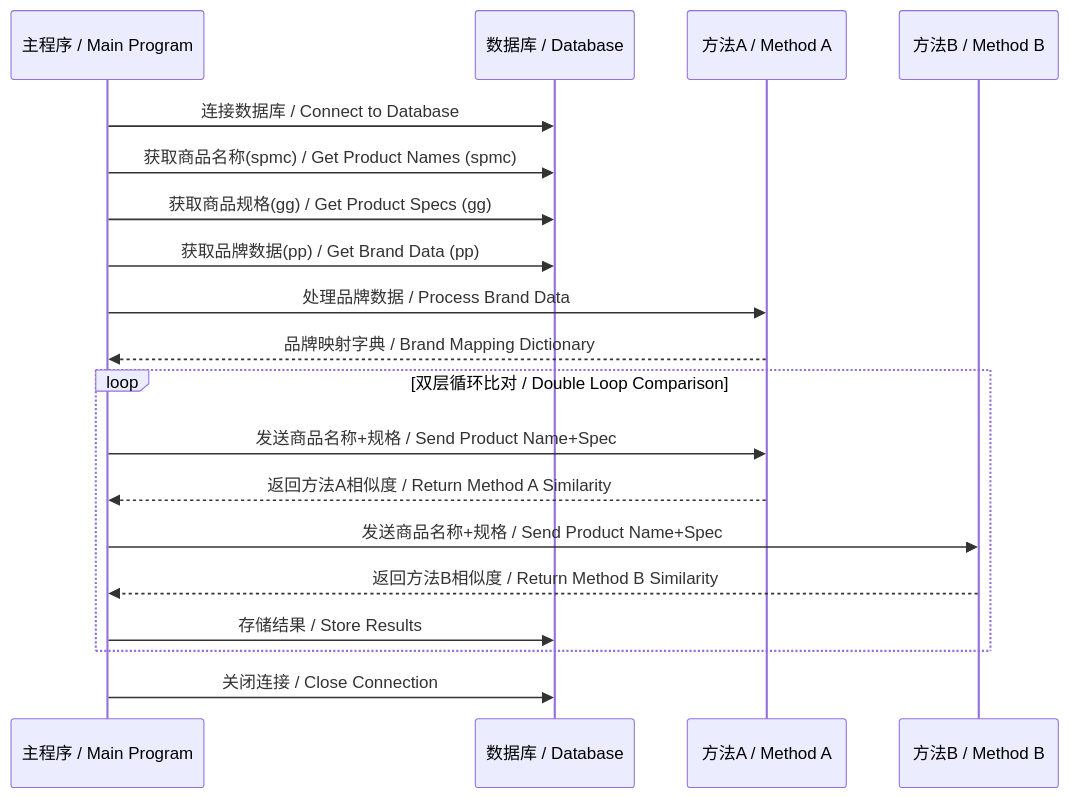
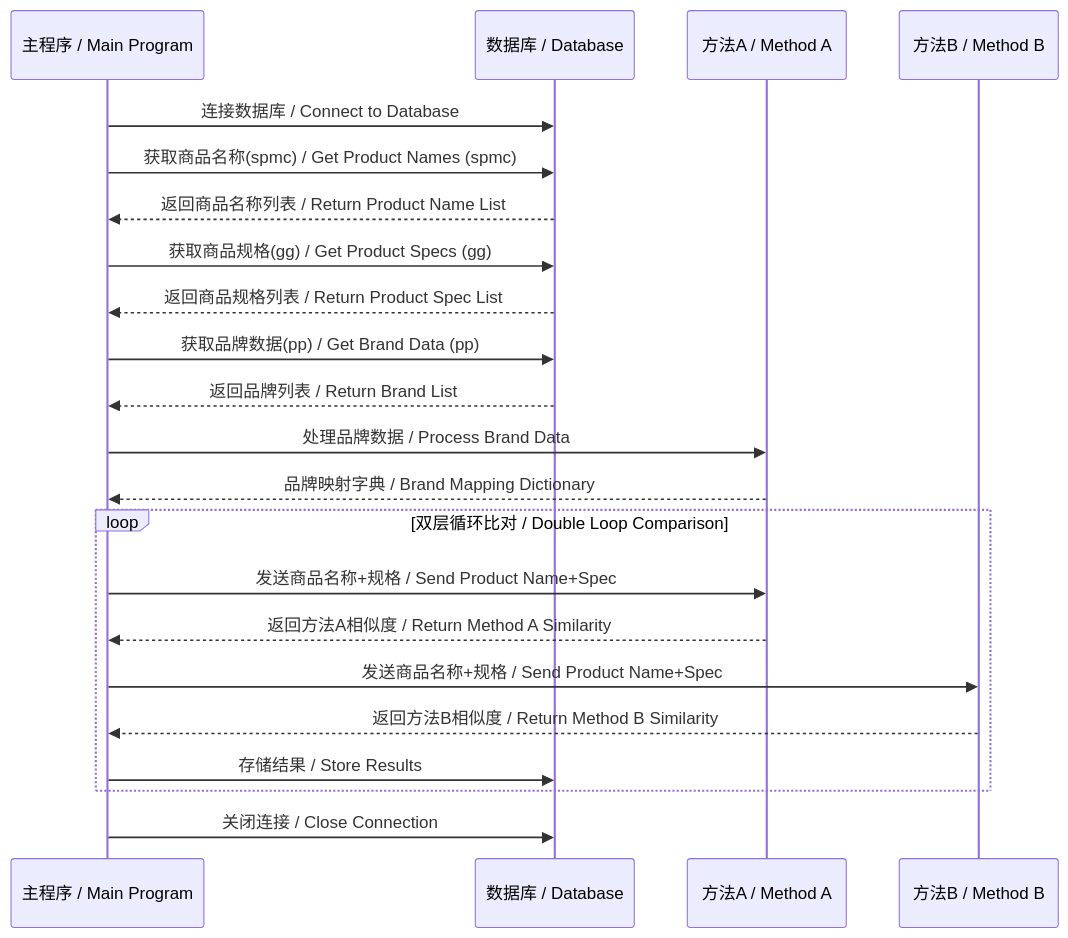
One commit to 041008Ashley/2025-ProductTitleMatchingAnalysis changed the seventh of 10 diagrams in README.md. Above: the diagram before and after it, drawn with Mermaid. The commit also changed other lines of this file, not shown here.

````diff
--- a/README.md
+++ b/README.md
@@ -304,24 +332,27 @@
 ```mermaid
 sequenceDiagram
-    participant 主程序 / Main Program
-    participant 数据库 / Database
-    participant 方法A / Method A
-    participant 方法B / Method B
+    participant Main as 主程序 / Main Program
+    participant DB as 数据库 / Database
+    participant MethodA as 方法A / Method A
+    participant MethodB as 方法B / Method B
     
-    主程序 / Main Program->>数据库 / Database: 连接数据库 / Connect to Database
-    主程序 / Main Program->>数据库 / Database: 获取商品名称(spmc) / Get Product Names (spmc)
-    主程序 / Main Program->>数据库 / Database: 获取商品规格(gg) / Get Product Specs (gg)
-    主程序 / Main Program->>数据库 / Database: 获取品牌数据(pp) / Get Brand Data (pp)
-    主程序 / Main Program->>方法A / Method A: 处理品牌数据 / Process Brand Data
-    方法A / Method A-->>主程序 / Main Program: 品牌映射字典 / Brand Mapping Dictionary
+    Main->>DB: 连接数据库 / Connect to Database
+    Main->>DB: 获取商品名称(spmc) / Get Product Names (spmc)
+    DB-->>Main: 返回商品名称列表 / Return Product Name List
+    Main->>DB: 获取商品规格(gg) / Get Product Specs (gg)
+    DB-->>Main: 返回商品规格列表 / Return Product Spec List
+    Main->>DB: 获取品牌数据(pp) / Get Brand Data (pp)
+    DB-->>Main: 返回品牌列表 / Return Brand List
+    Main->>MethodA: 处理品牌数据 / Process Brand Data
+    MethodA-->>Main: 品牌映射字典 / Brand Mapping Dictionary
     
     loop 双层循环比对 / Double Loop Comparison
-        主程序 / Main Program->>方法A / Method A: 发送商品名称+规格 / Send Product Name+Spec
-        方法A / Method A-->>主程序 / Main Program: 返回方法A相似度 / Return Method A Similarity
-        主程序 / Main Program->>方法B / Method B: 发送商品名称+规格 / Send Product Name+Spec
-        方法B / Method B-->>主程序 / Main Program: 返回方法B相似度 / Return Method B Similarity
-        主程序 / Main Program->>数据库 / Database: 存储结果 / Store Results
+        Main->>MethodA: 发送商品名称+规格 / Send Product Name+Spec
+        MethodA-->>Main: 返回方法A相似度 / Return Method A Similarity
+        Main->>MethodB: 发送商品名称+规格 / Send Product Name+Spec
+        MethodB-->>Main: 返回方法B相似度 / Return Method B Similarity
+        Main->>DB: 存储结果 / Store Results
     end
     
-    主程序 / Main Program->>数据库 / Database: 关闭连接 / Close Connection
+    Main->>DB: 关闭连接 / Close Connection
 ```
````
